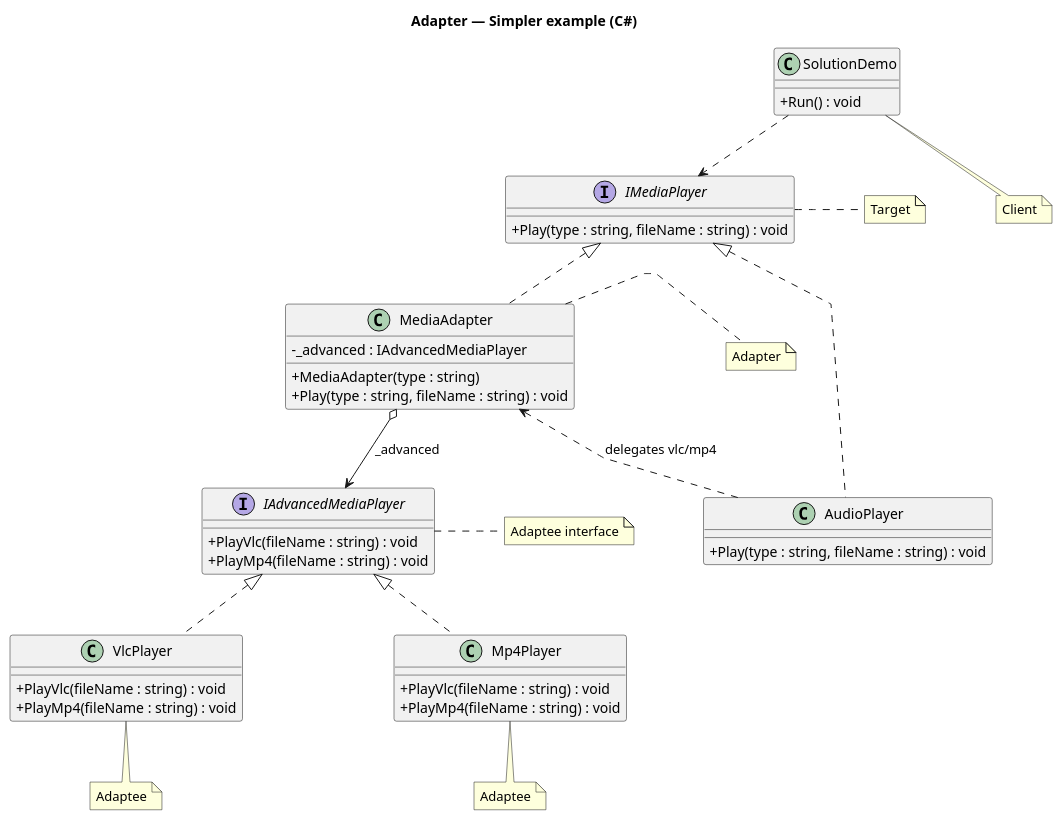
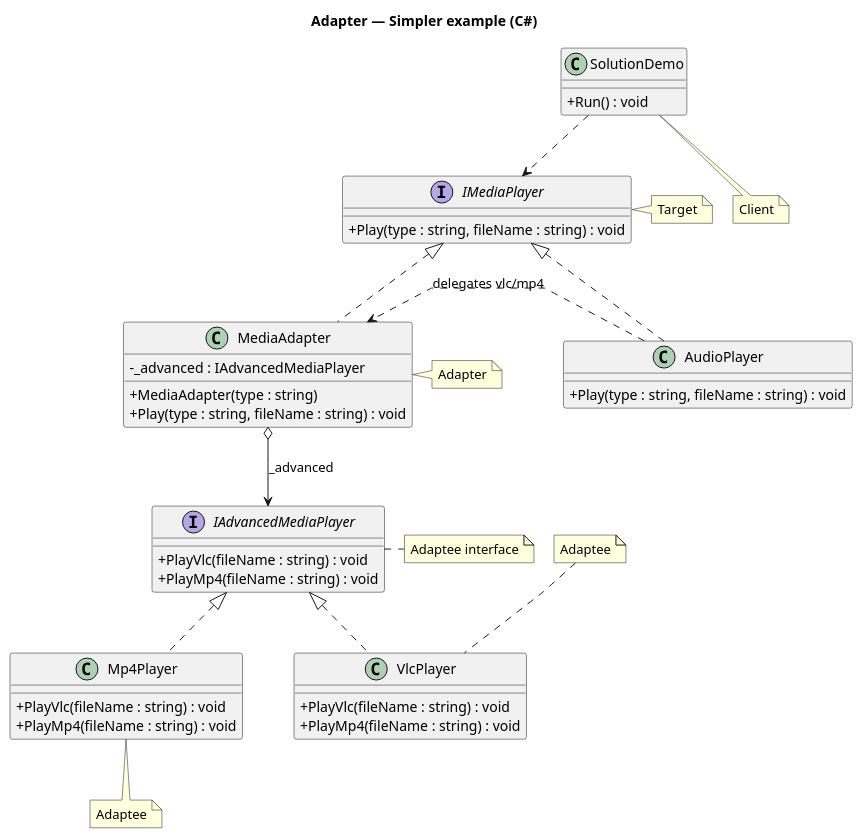
One commit to kaldiroglu/DesignPatternsWithCSharp changed the diagram in Structural Patterns (Simpler)/Simpler.Adapter/uml/adapter.puml. Above: the diagram before and after it, drawn with PlantUML. The commit also changed 12 other files, not shown here.

Commit message:
Diagrams: the last is-a families follow the layout rule; redrawn PNGs have a white background

```diff
--- a/Structural Patterns (Simpler)/Simpler.Adapter/uml/adapter.puml
+++ b/Structural Patterns (Simpler)/Simpler.Adapter/uml/adapter.puml
@@ -1,72 +1,66 @@
 @startuml Adapter
+skinparam nodesep 20
 skinparam linetype polyline
-skinparam nodesep 70
 skinparam class {
   BackgroundColor<<spacer>> transparent
   BorderColor<<spacer>> transparent
   FontColor<<spacer>> transparent
 }
 hide <<spacer>> stereotype
 hide <<spacer>> circle
 skinparam classAttributeIconSize 0
 title Adapter — Simpler example (C#)
 
 interface IMediaPlayer {
   + Play(type : string, fileName : string) : void
 }
 
 interface IAdvancedMediaPlayer {
   + PlayVlc(fileName : string) : void
   + PlayMp4(fileName : string) : void
 }
 
 class VlcPlayer {
   + PlayVlc(fileName : string) : void
   + PlayMp4(fileName : string) : void
 }
 
 class Mp4Player {
   + PlayVlc(fileName : string) : void
   + PlayMp4(fileName : string) : void
 }
 
 class MediaAdapter {
   - _advanced : IAdvancedMediaPlayer
   + MediaAdapter(type : string)
   + Play(type : string, fileName : string) : void
 }
 
 class AudioPlayer {
   + Play(type : string, fileName : string) : void
 }
 
 class SolutionDemo {
   + Run() : void
 }
 
 IMediaPlayer <|.. MediaAdapter
 IMediaPlayer <|.. AudioPlayer
 IAdvancedMediaPlayer <|.. VlcPlayer
 IAdvancedMediaPlayer <|.. Mp4Player
 
 note right of IMediaPlayer : Target
 note right of MediaAdapter : Adapter
 note right of IAdvancedMediaPlayer : Adaptee interface
-note bottom of VlcPlayer : Adaptee
+note top of VlcPlayer : Adaptee
 note bottom of Mp4Player : Adaptee
 note bottom of SolutionDemo : Client
-
+MediaAdapter o--> IAdvancedMediaPlayer : _advanced
+AudioPlayer .[norank].> MediaAdapter : delegates vlc/mp4
+SolutionDemo ..> IMediaPlayer
 class " " as Spacer1 <<spacer>>
-IMediaPlayer -[hidden]- Spacer1
-IMediaPlayer -[hidden]- Spacer1
-MediaAdapter -[hidden]right- Spacer1
-Spacer1 -[hidden]right- AudioPlayer
-class " " as Spacer2 <<spacer>>
-IAdvancedMediaPlayer -[hidden]- Spacer2
-IAdvancedMediaPlayer -[hidden]- Spacer2
-VlcPlayer -[hidden]right- Spacer2
-Spacer2 -[hidden]right- Mp4Player
-MediaAdapter o--> IAdvancedMediaPlayer : _advanced
-AudioPlayer ..> MediaAdapter : delegates vlc/mp4
-SolutionDemo ..> IMediaPlayer
+IAdvancedMediaPlayer -[hidden]- Spacer1
+IAdvancedMediaPlayer -[hidden]- Spacer1
+Mp4Player -[hidden]right- Spacer1
+Spacer1 -[hidden]right- VlcPlayer
 @enduml
```
